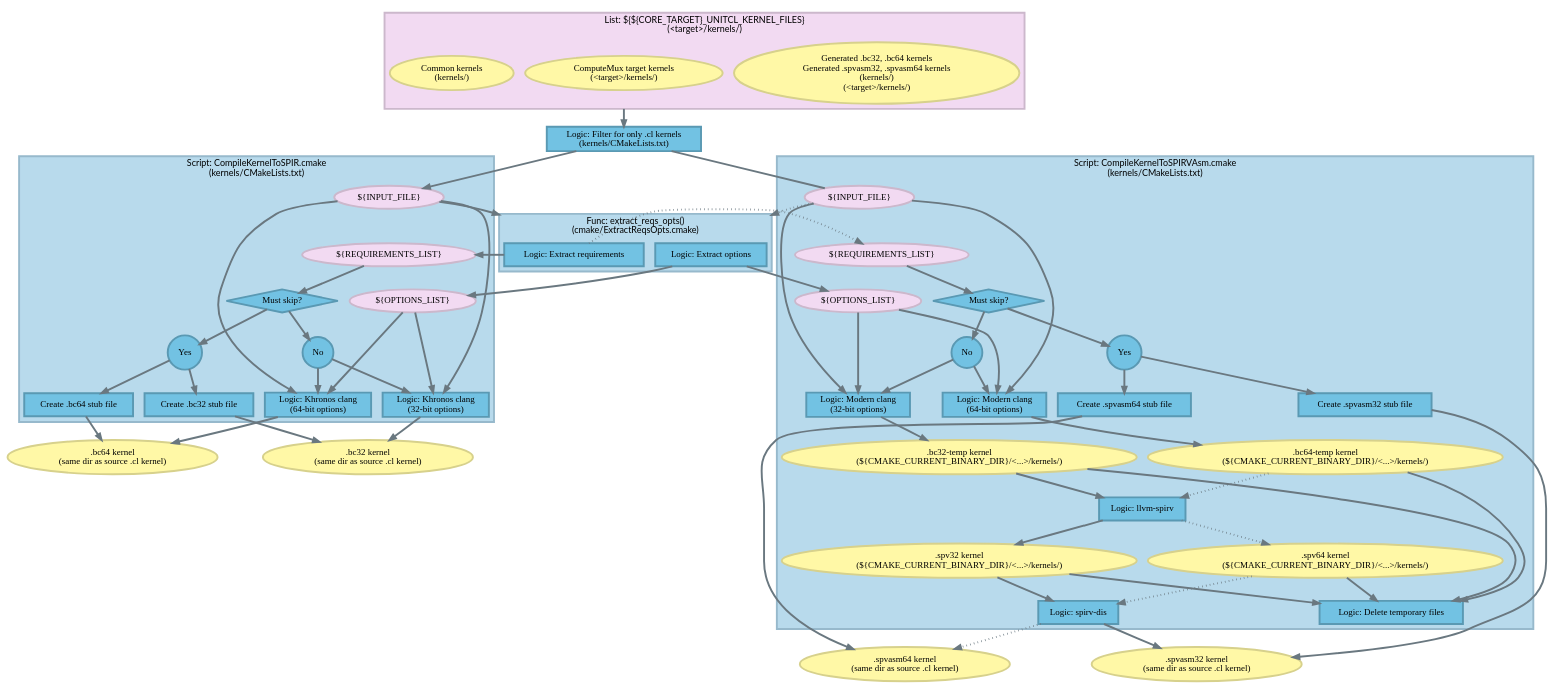
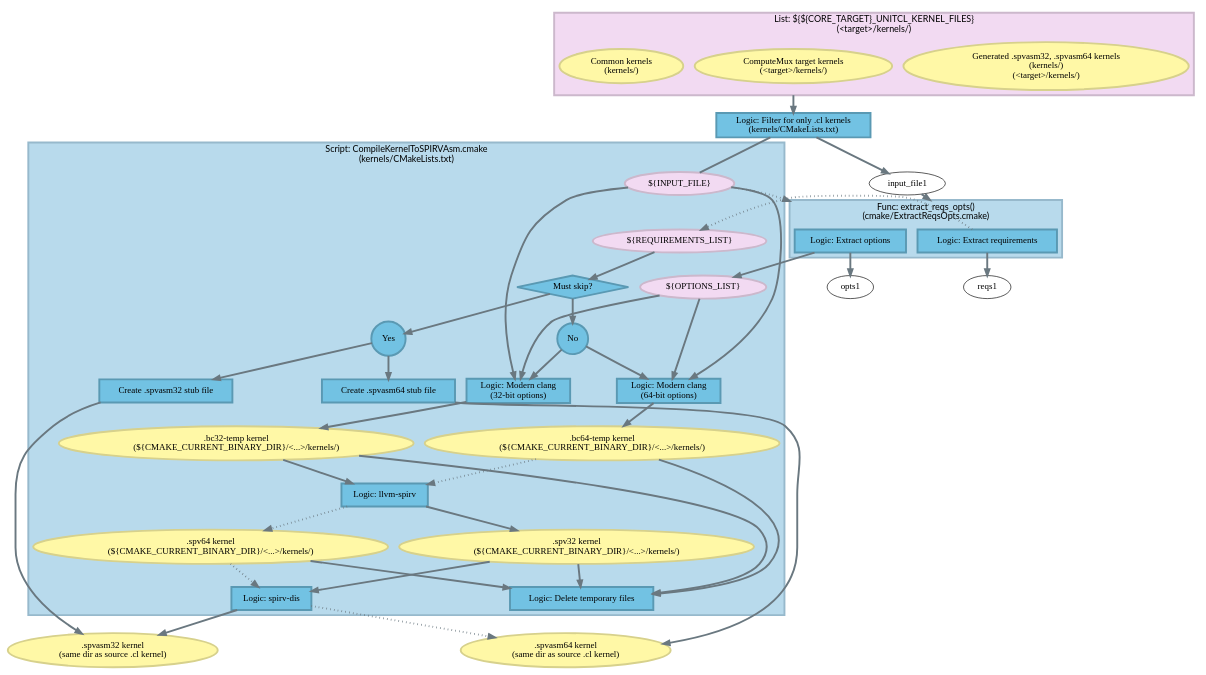
The diagram in doc/source/cl/test/diagram-regenerate.rst (uxlfoundation/oneapi-construction-kit), drawn with Graphviz before and after one commit. The commit also changed 875 other files, not shown here.

```diff
--- a/doc/source/cl/test/diagram-regenerate.rst
+++ b/doc/source/cl/test/diagram-regenerate.rst
@@ -1,6 +1,6 @@
 .. graphviz::
   :align: center
-  :caption: Compilation flow for ``regenerate-spir``/``regenerate-spirv`` targets (right-click, ``View Image`` for full size)
+  :caption: Compilation flow for the ``regenerate-spirv`` target (right-click, ``View Image`` for full size)
 
   digraph {
     fontname=Lato
@@ -12,7 +12,7 @@
       fillcolor="#f2daf2"
       color="#ccb8cc"
       penwidth=3
-      generated_kernels [label="Generated .bc32, .bc64 kernels\nGenerated .spvasm32, .spvasm64 kernels\n(kernels/)\n(<target>/kernels/)"
+      generated_kernels [label="Generated .spvasm32, .spvasm64 kernels\n(kernels/)\n(<target>/kernels/)"
                          style=filled
                          fillcolor="#fff8a6"
                          color="#d7d18c"
@@ -37,114 +37,6 @@
                penwidth=3]
 
     target_inputs -> filter_cl [ltail=cluster_target_kernels color="#6a7880" penwidth=3]
-
-    subgraph cluster_build_spir {
-      label="Script: CompileKernelToSPIR.cmake\n(kernels/CMakeLists.txt)"
-      style=filled
-      shape=box
-      fillcolor="#b8daec"
-      color="#97b9cc"
-      penwidth=3
-
-      input_file1 [label="${INPUT_FILE}"
-                   style=filled
-                   fillcolor="#f2daf2"
-                   color="#ccb8cc"
-                   penwidth=3]
-
-      reqs1 [label="${REQUIREMENTS_LIST}"
-             style=filled
-             fillcolor="#f2daf2"
-             color="#ccb8cc"
-             penwidth=3]
-
-      opts1 [label="${OPTIONS_LIST}"
-             style=filled
-             fillcolor="#f2daf2"
-             color="#ccb8cc"
-             penwidth=3]
-
-      check_skip1 [label="Must skip?"
-                   shape=diamond
-                   style=filled
-                   fillcolor="#72c2e3"
-                   color="#5a99b3"
-                   penwidth=3]
-
-      yes1 [label="Yes"
-            shape=circle
-            style=filled
-            fillcolor="#72c2e3"
-            color="#5a99b3"
-            penwidth=3]
-
-      no1 [label="No"
-           shape=circle
-           style=filled
-           fillcolor="#72c2e3"
-           color="#5a99b3"
-           penwidth=3]
-
-      make_bc_stub32 [label="Create .bc32 stub file"
-                      shape=box
-                      style=filled
-                      fillcolor="#72c2e3"
-                      color="#5a99b3"
-                      penwidth=3]
-
-      make_bc_stub64 [label="Create .bc64 stub file"
-                      shape=box
-                      style=filled
-                      fillcolor="#72c2e3"
-                      color="#5a99b3"
-                      penwidth=3]
-
-      khr_clang32 [label="Logic: Khronos clang\n(32-bit options)"
-                   shape=box
-                   style=filled
-                   fillcolor="#72c2e3"
-                   color="#5a99b3"
-                   penwidth=3]
-
-      khr_clang64 [label="Logic: Khronos clang\n(64-bit options)"
-                   shape=box
-                   style=filled
-                   fillcolor="#72c2e3"
-                   color="#5a99b3"
-                   penwidth=3]
-
-      // Invisible arrows to aid layout
-      input_file1 -> reqs1 [arrowhead=none weight=2 penwidth=0]
-      reqs1 -> opts1 [arrowhead=none weight=2 penwidth=0]
-
-      check_skip1 -> yes1 [color="#6a7880" penwidth=3]
-      check_skip1 -> no1 [color="#6a7880" penwidth=3]
-      yes1 -> make_bc_stub32 [color="#6a7880" penwidth=3]
-      yes1 -> make_bc_stub64 [color="#6a7880" penwidth=3]
-      opts1 -> khr_clang32 [color="#6a7880" penwidth=3]
-      no1 -> khr_clang32 [color="#6a7880" penwidth=3]
-      opts1 -> khr_clang64 [color="#6a7880" penwidth=3]
-      no1 -> khr_clang64 [color="#6a7880" penwidth=3]
-      reqs1 -> check_skip1 [color="#6a7880" penwidth=3]
-      input_file1 -> khr_clang32 [color="#6a7880" penwidth=3]
-      input_file1 -> khr_clang64 [color="#6a7880" penwidth=3]
-      input_file1 -> check_skip1 [penwidth=0 arrowhead=none]
-    }
-
-    bc32_kernel [label=".bc32 kernel\n(same dir as source .cl kernel)"
-                 style=filled fillcolor="#fff8a6"
-                 color="#d7d18c"
-                 penwidth=3]
-
-    bc64_kernel [label=".bc64 kernel\n(same dir as source .cl kernel)"
-                 style=filled fillcolor="#fff8a6"
-                 color="#d7d18c"
-                 penwidth=3]
-
-    khr_clang32 -> bc32_kernel [color="#6a7880" penwidth=3]
-    khr_clang64 -> bc64_kernel [color="#6a7880" penwidth=3]
-    make_bc_stub32 -> bc32_kernel [color="#6a7880" penwidth=3]
-    make_bc_stub64 -> bc64_kernel [color="#6a7880" penwidth=3]
 
     filter_cl -> input_file1 [ltail=cluster_target_kernels color="#6a7880" penwidth=3]
 
```
